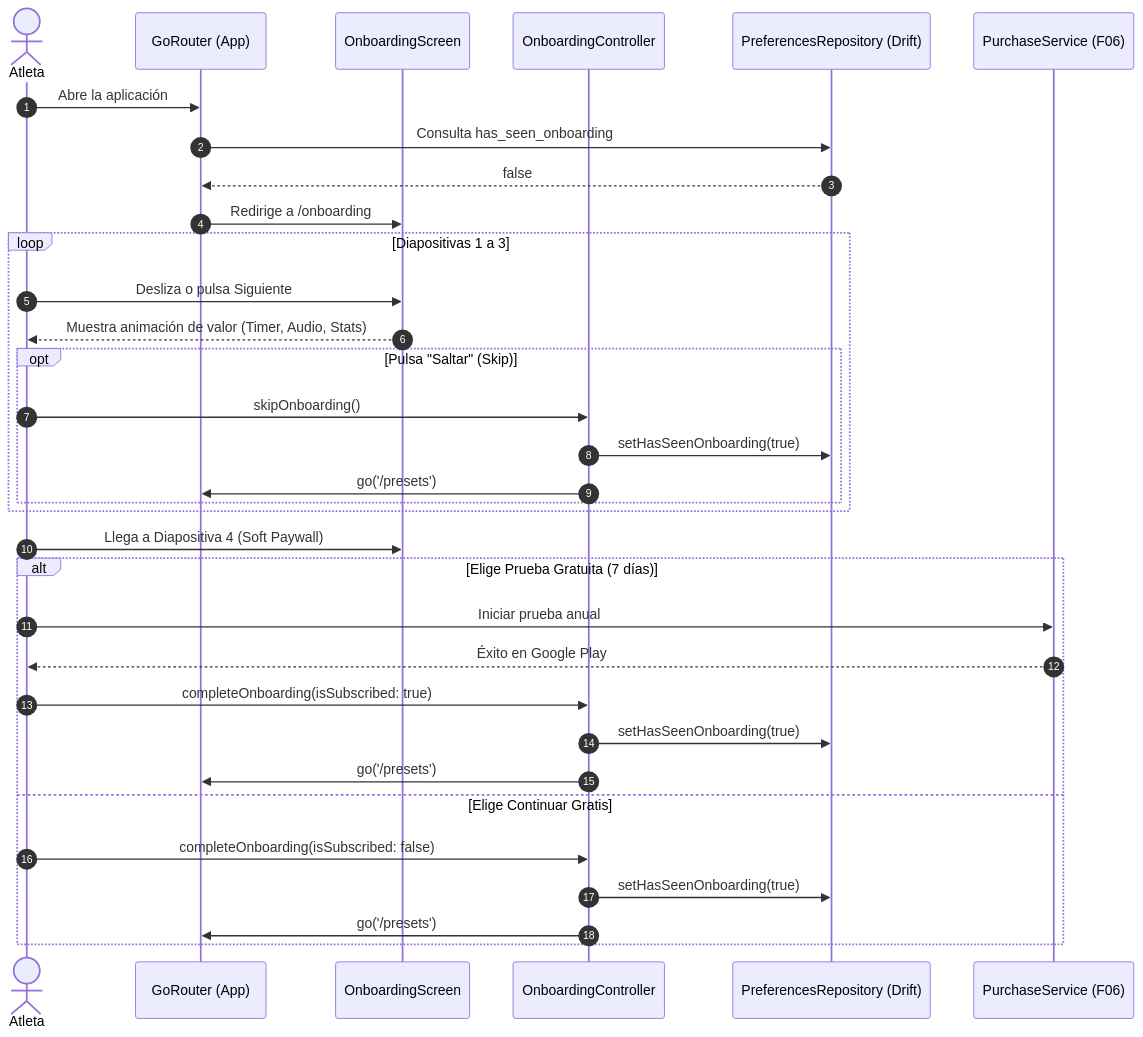
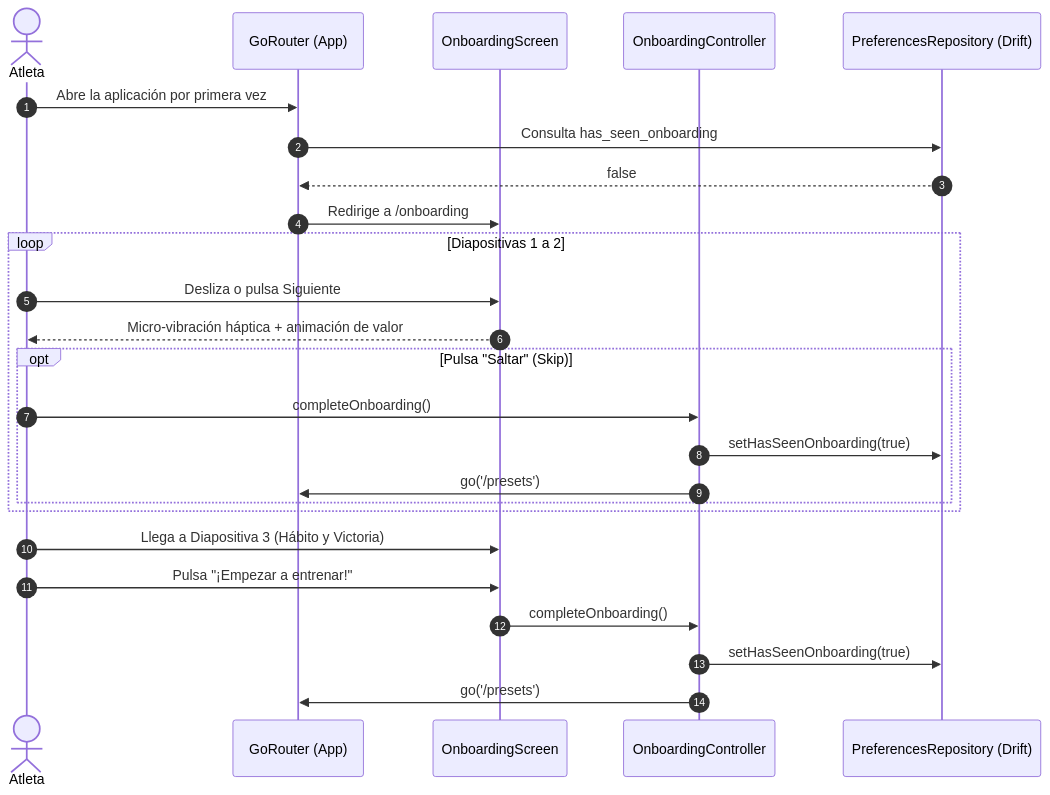
One commit to MoisesCorcho/IntervalTimer changed the diagram in specs/features/30-onboarding/design.md. Above: the diagram before and after it, drawn with Mermaid. The commit also changed other lines of this file and 2 other files, not shown here.

First line of the commit message:
docs(F30): adjust onboarding specs for premium 3-screen experience decoupled from F06

````diff
--- a/specs/features/30-onboarding/design.md
+++ b/specs/features/30-onboarding/design.md
@@ -130,38 +131,30 @@
 ```mermaid
 sequenceDiagram
     autonumber
     actor User as Atleta
     participant Router as GoRouter (App)
     participant UI as OnboardingScreen
     participant Ctrl as OnboardingController
     participant Repo as PreferencesRepository (Drift)
-    participant IAP as PurchaseService (F06)
 
-    User->>Router: Abre la aplicación
+    User->>Router: Abre la aplicación por primera vez
     Router->>Repo: Consulta has_seen_onboarding
     Repo-->>Router: false
     Router->>UI: Redirige a /onboarding
     
-    loop Diapositivas 1 a 3
+    loop Diapositivas 1 a 2
         User->>UI: Desliza o pulsa Siguiente
-        UI-->>User: Muestra animación de valor (Timer, Audio, Stats)
+        UI-->>User: Micro-vibración háptica + animación de valor
         opt Pulsa "Saltar" (Skip)
-            User->>Ctrl: skipOnboarding()
+            User->>Ctrl: completeOnboarding()
             Ctrl->>Repo: setHasSeenOnboarding(true)
             Ctrl->>Router: go('/presets')
         end
     end
 
-    User->>UI: Llega a Diapositiva 4 (Soft Paywall)
-    alt Elige Prueba Gratuita (7 días)
-        User->>IAP: Iniciar prueba anual
-        IAP-->>User: Éxito en Google Play
-        User->>Ctrl: completeOnboarding(isSubscribed: true)
-        Ctrl->>Repo: setHasSeenOnboarding(true)
-        Ctrl->>Router: go('/presets')
-    else Elige Continuar Gratis
-        User->>Ctrl: completeOnboarding(isSubscribed: false)
-        Ctrl->>Repo: setHasSeenOnboarding(true)
-        Ctrl->>Router: go('/presets')
-    end
+    User->>UI: Llega a Diapositiva 3 (Hábito y Victoria)
+    User->>UI: Pulsa "¡Empezar a entrenar!"
+    UI->>Ctrl: completeOnboarding()
+    Ctrl->>Repo: setHasSeenOnboarding(true)
+    Ctrl->>Router: go('/presets')
 ```
````
